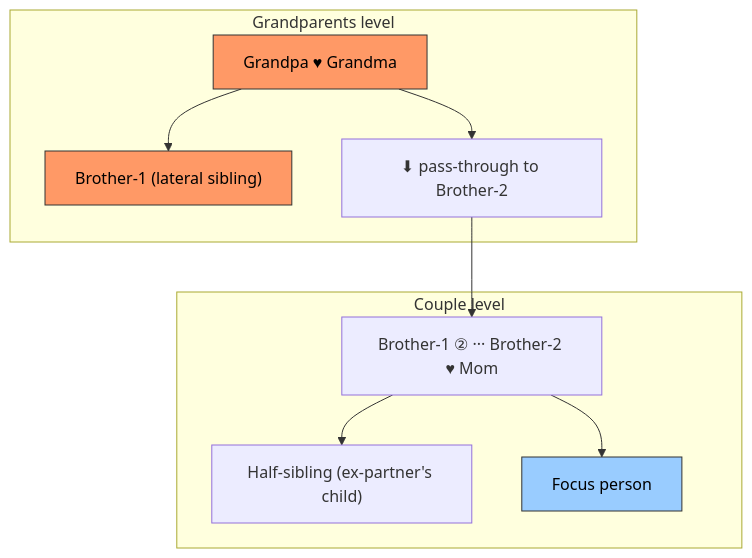
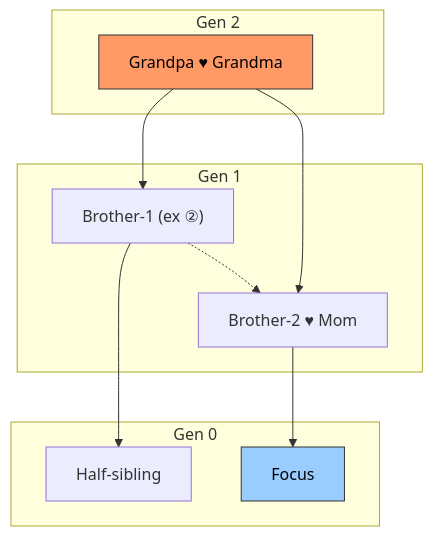
Before and after one commit to san650/ancestry: the seventh of 13 diagrams in lib/ancestry/people/CLAUDE.md, drawn with Mermaid. The commit also changed other lines of this file and 21 other files, not shown here.

Commit message:
Graph view improvements (#28)

````diff
--- a/lib/ancestry/people/CLAUDE.md
+++ b/lib/ancestry/people/CLAUDE.md
@@ -181,20 +201,23 @@
 ```mermaid
 flowchart TD
-    subgraph gp_level ["Grandparents level"]
-        GP["Grandpa ♥ Grandma"]
-        GP --> B1_lat["Brother-1 (lateral sibling)"]
-        GP --> B2_pt["⬇ pass-through to Brother-2"]
+    subgraph gen2 ["Gen 2"]
+        GP2["Grandpa ♥ Grandma"]
+    end
+    subgraph gen1 ["Gen 1"]
+        B1ex["Brother-1 (ex ②)"]
+        B2Mom["Brother-2 ♥ Mom"]
+    end
+    subgraph gen0 ["Gen 0"]
+        Half["Half-sibling"]
+        Focus2["Focus"]
     end
 
-    subgraph couple_level ["Couple level"]
-        ExCouple["Brother-1 ② ··· Brother-2 ♥ Mom"]
-        ExCouple --> Half["Half-sibling (ex-partner's child)"]
-        ExCouple --> Focus["Focus person"]
-    end
+    GP2 --> B1ex
+    GP2 --> B2Mom
+    B1ex -.-> B2Mom
+    B1ex --> Half
+    B2Mom --> Focus2
 
-    B2_pt --> ExCouple
-
-    style GP fill:#f96,stroke:#333,color:#000
-    style B1_lat fill:#f96,stroke:#333,color:#000
-    style Focus fill:#9cf,stroke:#333,color:#000
+    style Focus2 fill:#9cf,stroke:#333,color:#000
+    style GP2 fill:#f96,stroke:#333,color:#000
 ```
````
